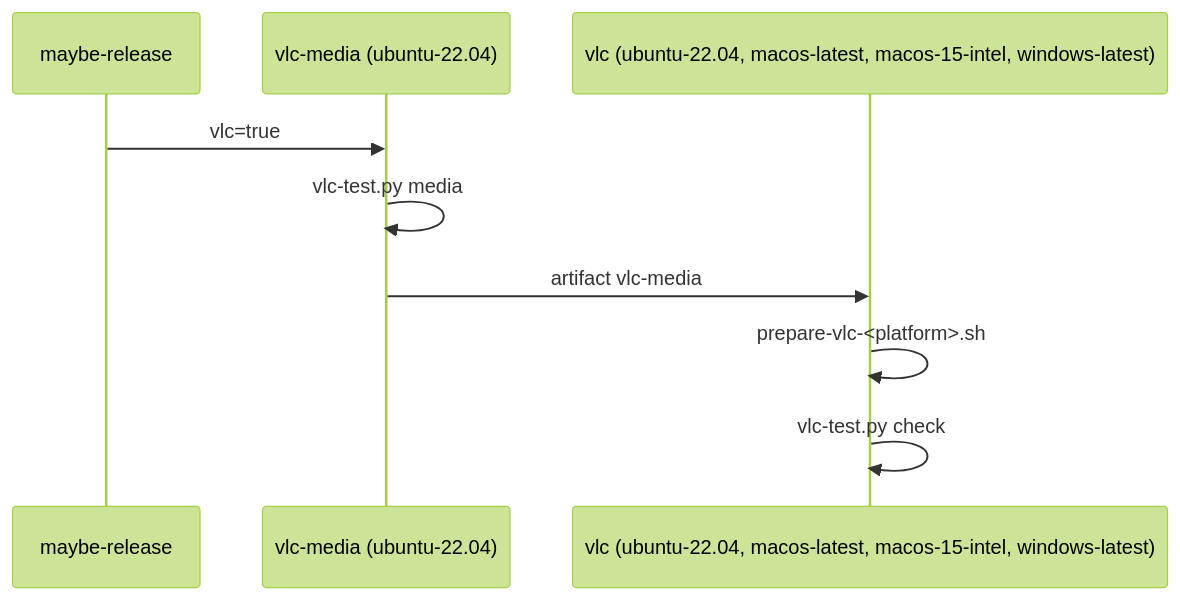
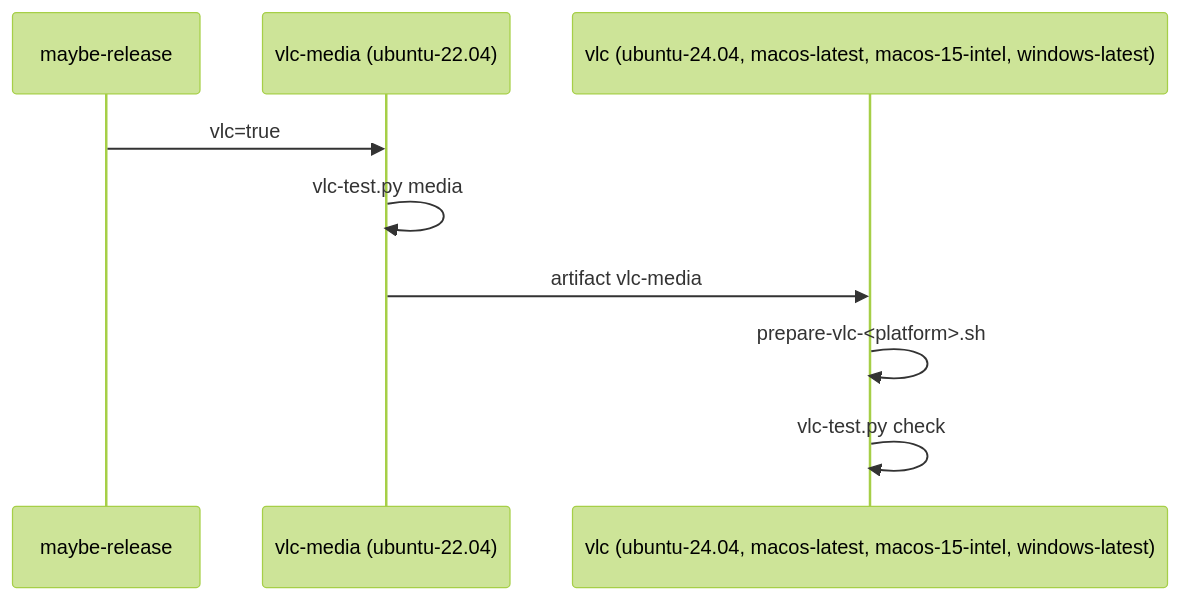
One commit to simplex-chat/simplex-chat changed the second of 2 diagrams in plans/2026-11-21-vlc-local-playback.md. Above: the diagram before and after it, drawn with Mermaid (forest theme). The commit also changed 2 other files, not shown here.

Commit message:
ci: test the Linux VLC bundle on Ubuntu 24.04, whose HarfBuzz its libpango requires

````diff
--- a/plans/2026-11-21-vlc-local-playback.md
+++ b/plans/2026-11-21-vlc-local-playback.md
@@ -66,11 +66,11 @@
 ```mermaid
 sequenceDiagram
   participant MR as maybe-release
   participant VM as vlc-media (ubuntu-22.04)
-  participant V as vlc (ubuntu-22.04, macos-latest, macos-15-intel, windows-latest)
+  participant V as vlc (ubuntu-24.04, macos-latest, macos-15-intel, windows-latest)
   MR->>VM: vlc=true
   VM->>VM: vlc-test.py media
   VM->>V: artifact vlc-media
   V->>V: prepare-vlc-<platform>.sh
   V->>V: vlc-test.py check
 ```
````
